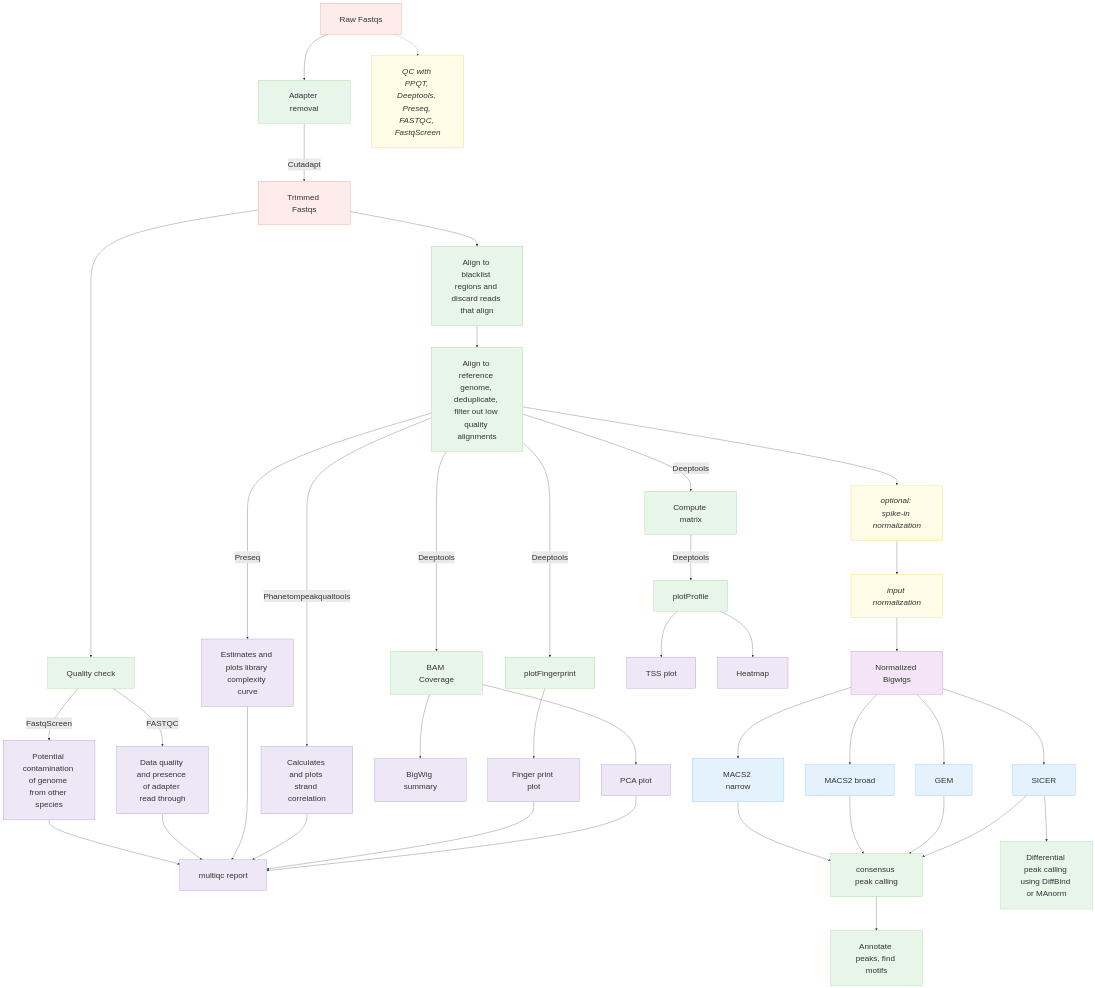
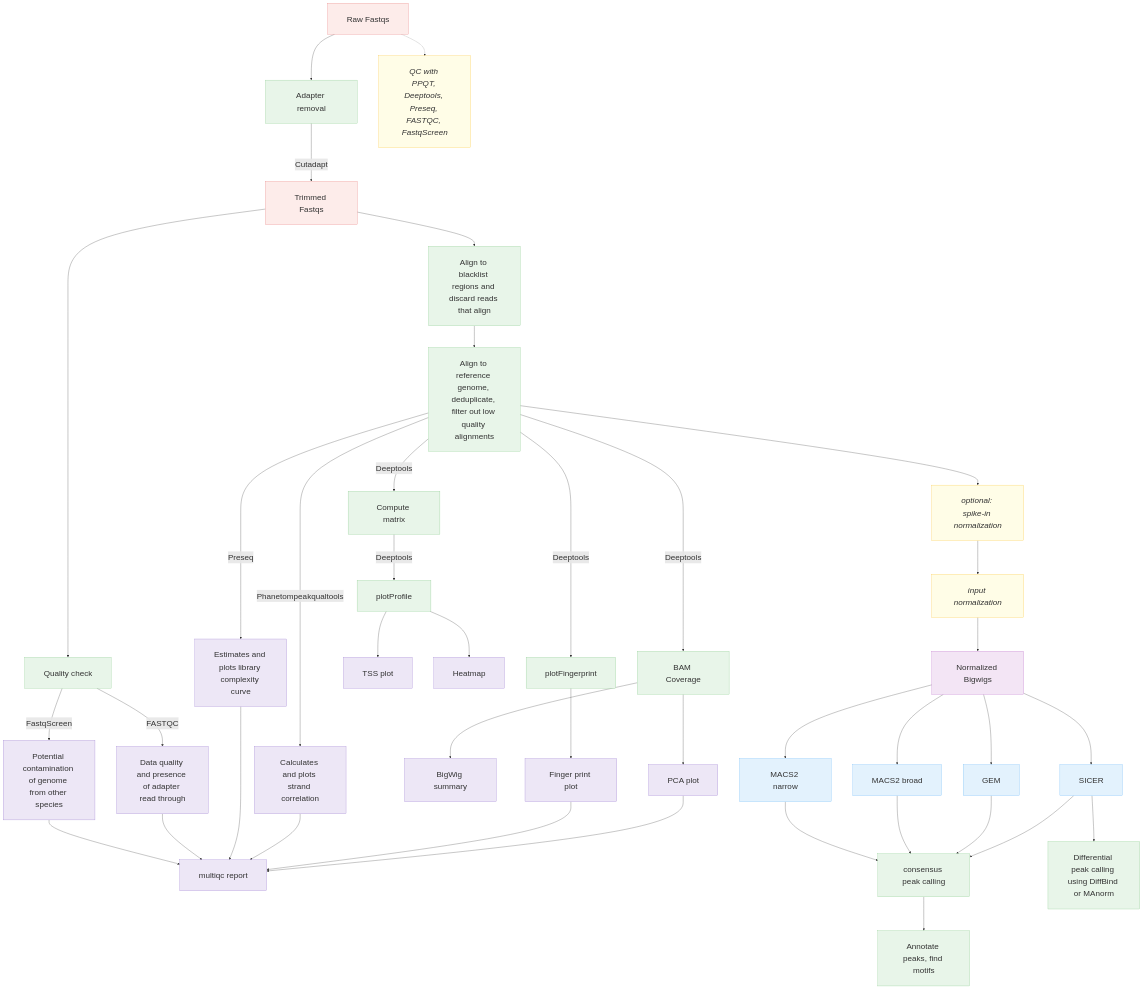
One commit to CCBR/CHAMPAGNE changed the first of 2 diagrams in docs/diagram/index.md. Above: the diagram before and after it, drawn with Mermaid.

Commit message:
Rearranged some nodes.

```diff
--- a/docs/diagram/index.md
+++ b/docs/diagram/index.md
@@ -47,14 +47,13 @@
 
   %% Deeptools steps
   Align --> |Deeptools| Matrix["Compute matrix"]:::process
-  Align --> |Deeptools| BAMcov["BAM Coverage"]:::process
+  Matrix --> |Deeptools| Profile["plotProfile"]:::process
+  Profile --> TSSplot["TSS plot"]:::output
+  Profile --> Heatmap["Heatmap"]:::output
   Align --> |Deeptools| fingerprint["plotFingerprint"]:::process
   fingerprint --> fingerprintplot["Finger print plot"]:::output
   fingerprintplot --> MultiQC
-
-  Matrix --> |Deeptools| Profile["plotProfile"]:::process
-  Profile --> TSSplot["TSS plot"]:::output
-  Profile --> Heatmap["Heatmap"]:::output
+  Align --> |Deeptools| BAMcov["BAM Coverage"]:::process
   BAMcov --> Bigwig["BigWig summary"]:::output
   BAMcov --> PCA["PCA plot"]:::output
   PCA --> MultiQC
```
